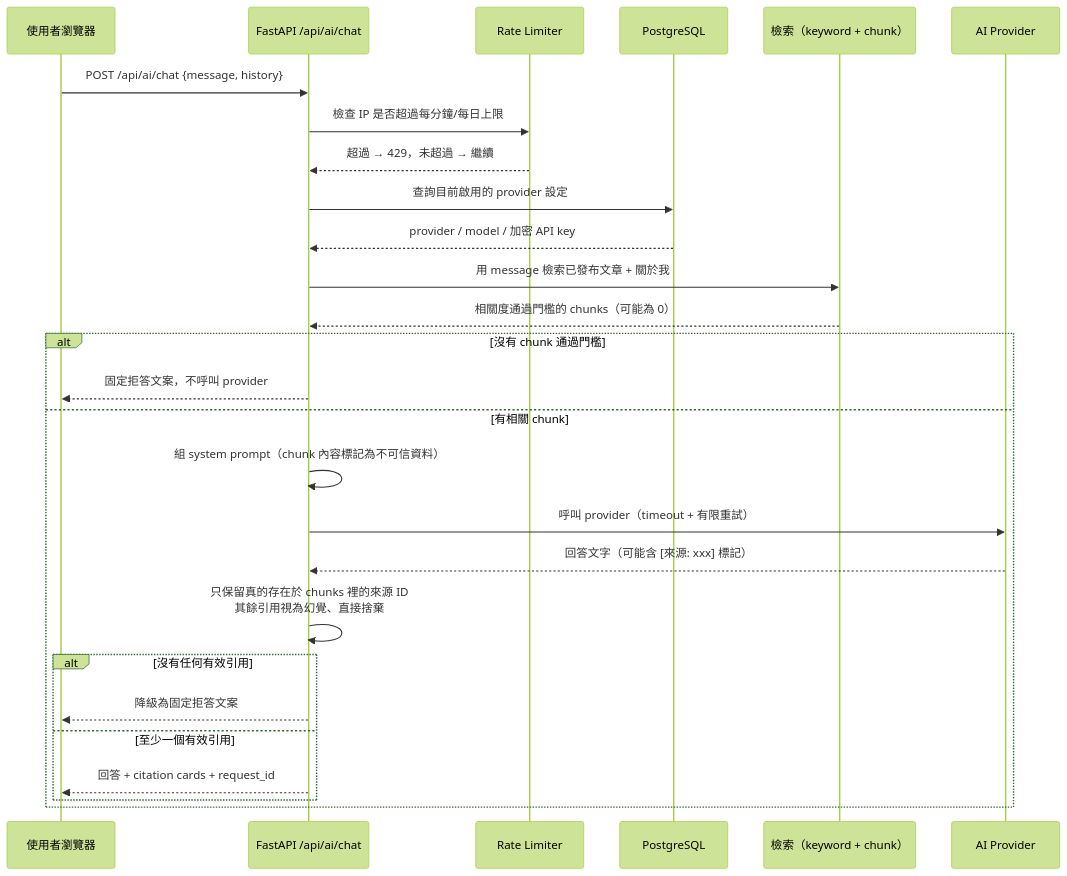
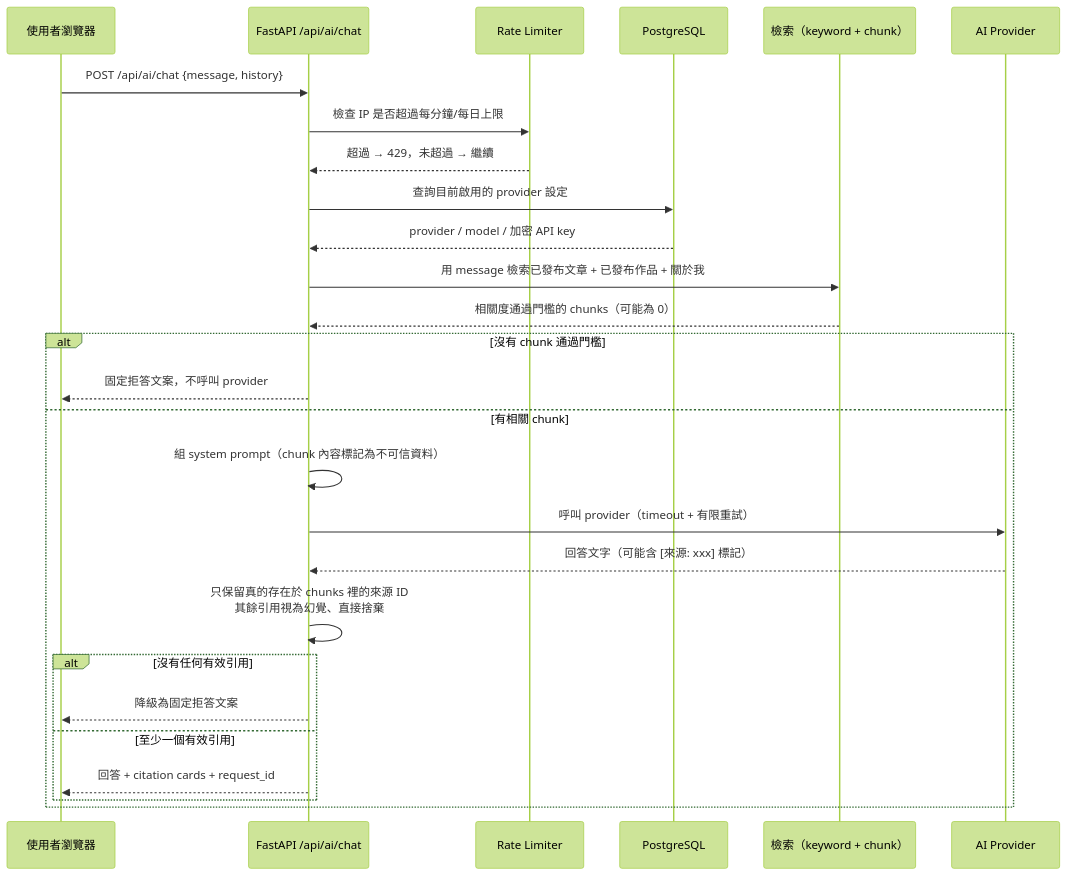
The third of 3 diagrams in README.md (leo031523/website), drawn with Mermaid (forest theme) before and after one commit. The commit also changed other lines of this file and 4 other files, not shown here.

````diff
--- a/README.md
+++ b/README.md
@@ -176,30 +176,30 @@
 ```mermaid
 sequenceDiagram
     participant U as 使用者瀏覽器
     participant API as FastAPI /api/ai/chat
     participant RL as Rate Limiter
     participant DB as PostgreSQL
     participant R as 檢索（keyword + chunk）
     participant P as AI Provider
 
     U->>API: POST /api/ai/chat {message, history}
     API->>RL: 檢查 IP 是否超過每分鐘/每日上限
     RL-->>API: 超過 → 429，未超過 → 繼續
     API->>DB: 查詢目前啟用的 provider 設定
     DB-->>API: provider / model / 加密 API key
-    API->>R: 用 message 檢索已發布文章 + 關於我
+    API->>R: 用 message 檢索已發布文章 + 已發布作品 + 關於我
     R-->>API: 相關度通過門檻的 chunks（可能為 0）
     alt 沒有 chunk 通過門檻
         API-->>U: 固定拒答文案，不呼叫 provider
     else 有相關 chunk
         API->>API: 組 system prompt（chunk 內容標記為不可信資料）
         API->>P: 呼叫 provider（timeout + 有限重試）
         P-->>API: 回答文字（可能含 [來源: xxx] 標記）
         API->>API: 只保留真的存在於 chunks 裡的來源 ID<br/>其餘引用視為幻覺、直接捨棄
         alt 沒有任何有效引用
             API-->>U: 降級為固定拒答文案
         else 至少一個有效引用
             API-->>U: 回答 + citation cards + request_id
         end
     end
 ```
````
